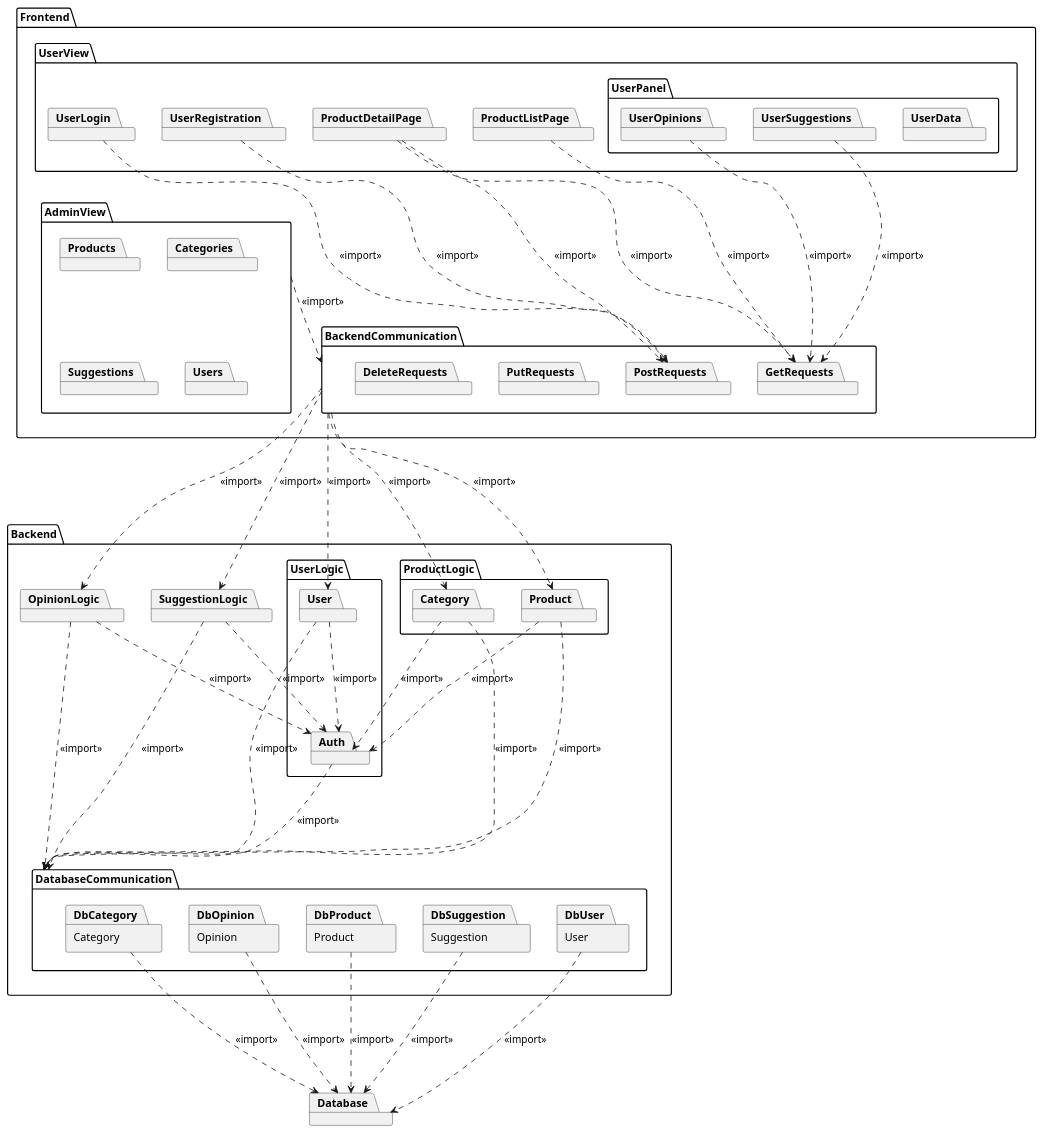
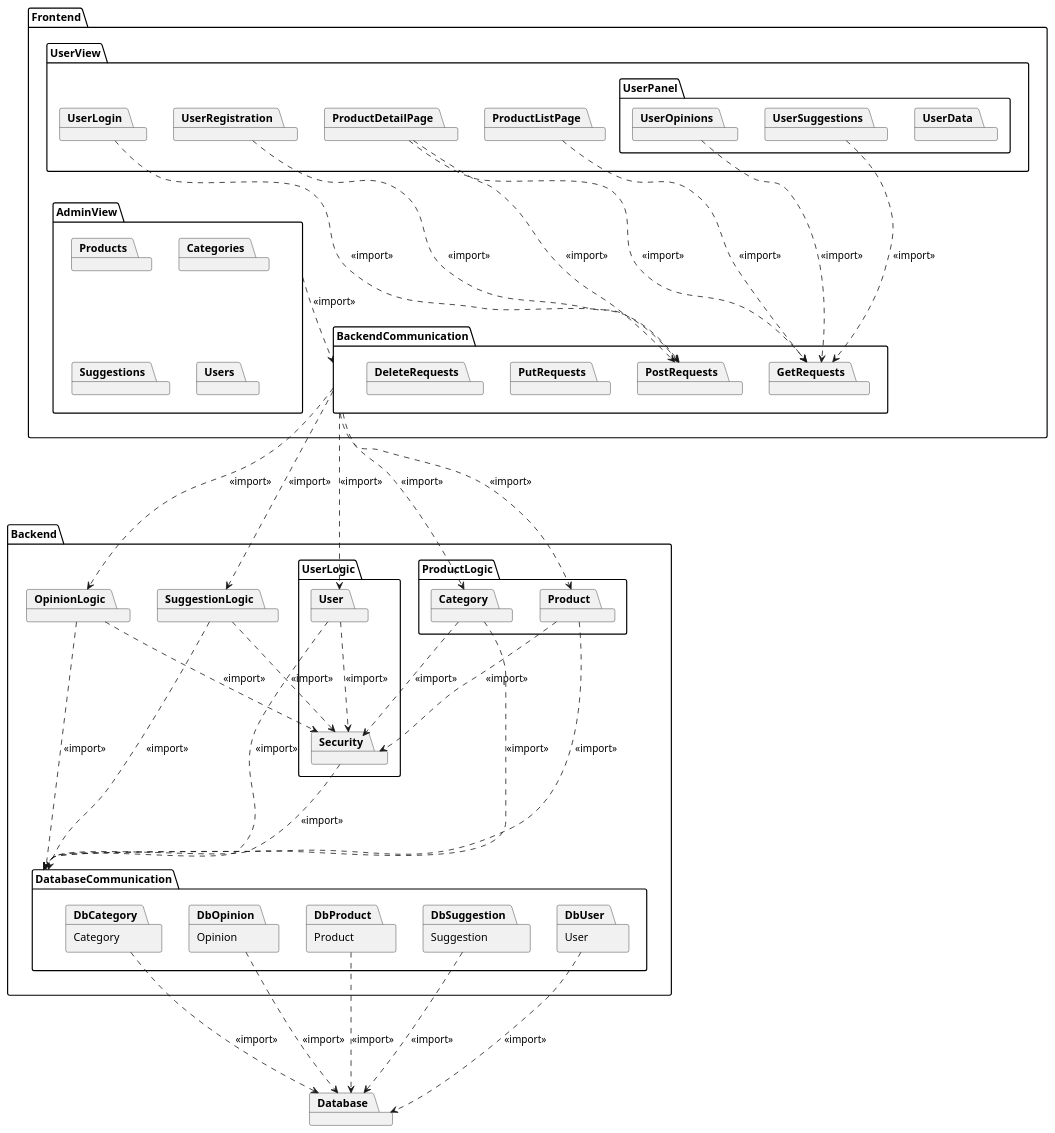
Before and after one commit to RadekBucki/OpinionCollectorArchitecture: the second of 6 diagrams in README.md, drawn with PlantUML.

Commit message:
Update package diagram

```diff
--- a/README.md
+++ b/README.md
@@ -91,7 +91,7 @@
 package Backend {
     package UserLogic {
         package User
-        package Auth
+        package Security
     }
     package ProductLogic {
         package Category
@@ -129,14 +129,14 @@
 BackendCommunication ...> OpinionLogic    : <<import>>
 BackendCommunication ...> SuggestionLogic : <<import>>
 
-User            ...> Auth : <<import>>
-Category        ...> Auth : <<import>>
-Product         ...> Auth : <<import>>
-OpinionLogic    ...> Auth : <<import>>
-SuggestionLogic ...> Auth : <<import>>
+User            ...> Security : <<import>>
+Category        ...> Security : <<import>>
+Product         ...> Security : <<import>>
+OpinionLogic    ...> Security : <<import>>
+SuggestionLogic ...> Security : <<import>>
 
 User            ...> DatabaseCommunication : <<import>>
-Auth            ...> DatabaseCommunication : <<import>>
+Security            ...> DatabaseCommunication : <<import>>
 Category        ...> DatabaseCommunication : <<import>>
 Product         ...> DatabaseCommunication : <<import>>
 OpinionLogic    ...> DatabaseCommunication : <<import>>
```
